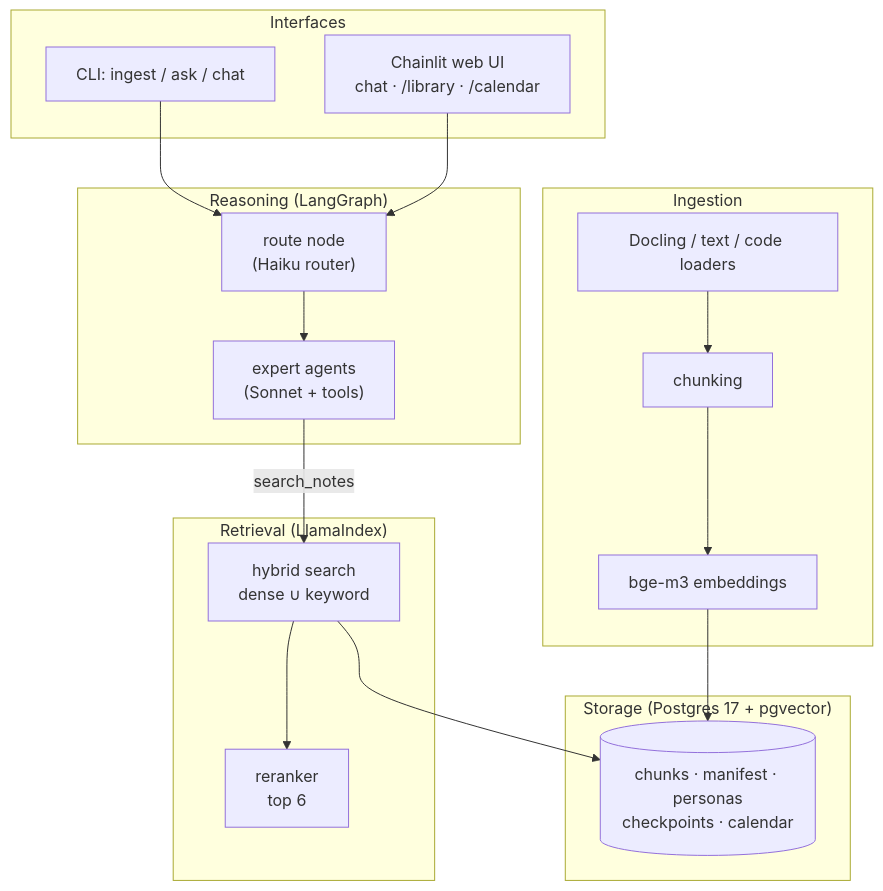
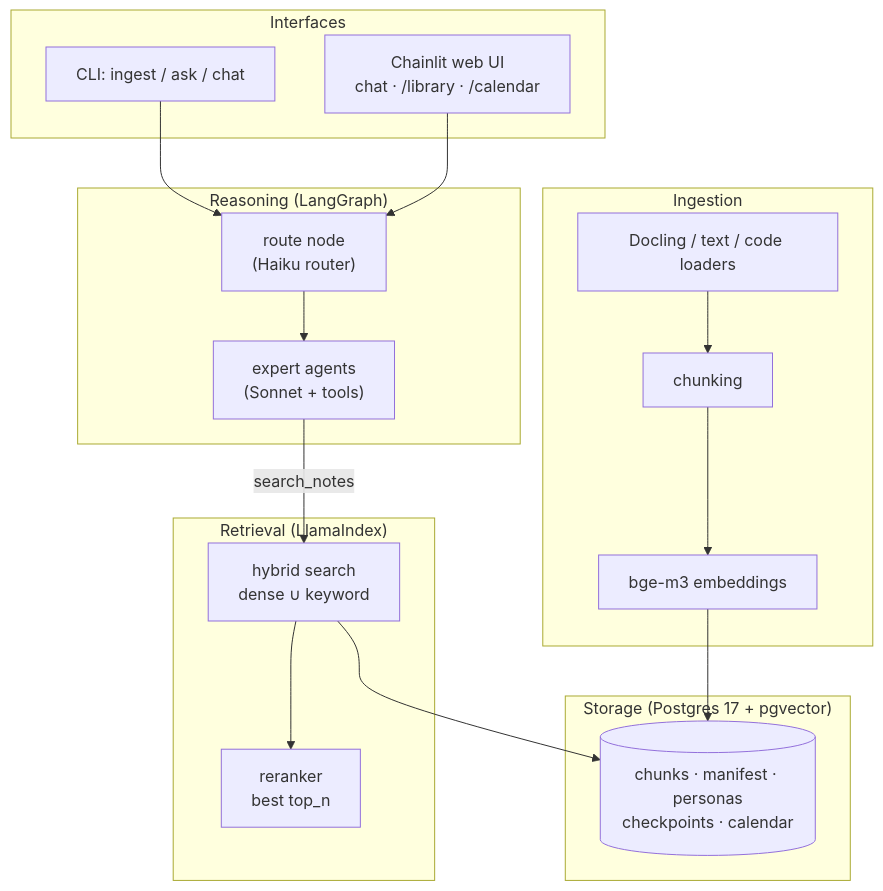
Before and after one commit to PerKristianBroberg/studyforge: the first of 3 diagrams in docs/how-it-works.md, drawn with Mermaid. The commit also changed other lines of this file and 2 other files, not shown here.

First line of the commit message:
docs: keep tunable values out of the docs and diagram; describe per-file deadline scan

````diff
--- a/docs/how-it-works.md
+++ b/docs/how-it-works.md
@@ -33,23 +37,23 @@
 ```mermaid
 flowchart TB
     subgraph Interfaces
         CLI["CLI: ingest / ask / chat"]
         UI["Chainlit web UI<br/>chat · /library · /calendar"]
     end
     subgraph Reasoning["Reasoning (LangGraph)"]
         R["route node<br/>(Haiku router)"] --> E["expert agents<br/>(Sonnet + tools)"]
     end
     subgraph Retrieval["Retrieval (LlamaIndex)"]
-        H["hybrid search<br/>dense ∪ keyword"] --> RR["reranker<br/>top 6"]
+        H["hybrid search<br/>dense ∪ keyword"] --> RR["reranker<br/>best top_n"]
     end
     subgraph Storage["Storage (Postgres 17 + pgvector)"]
         DB[("chunks · manifest · personas<br/>checkpoints · calendar")]
     end
     subgraph Ingestion
         L["Docling / text / code loaders"] --> C["chunking"] --> EM["bge-m3 embeddings"]
     end
     CLI & UI --> R
     E -- search_notes --> H
     H --> DB
     EM --> DB
 ```
````
